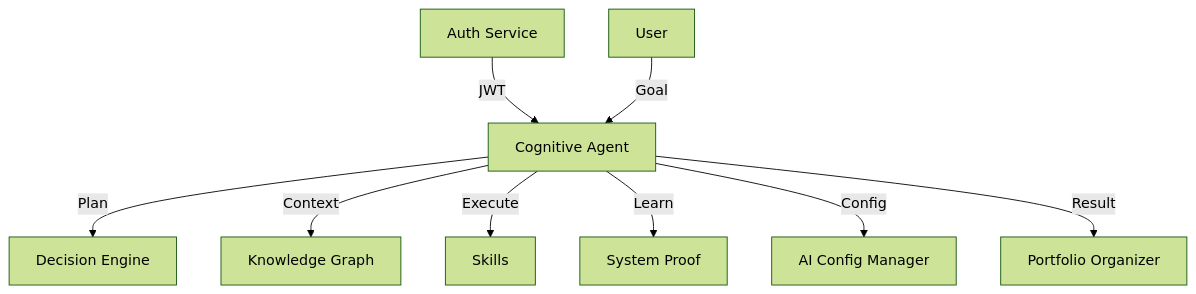
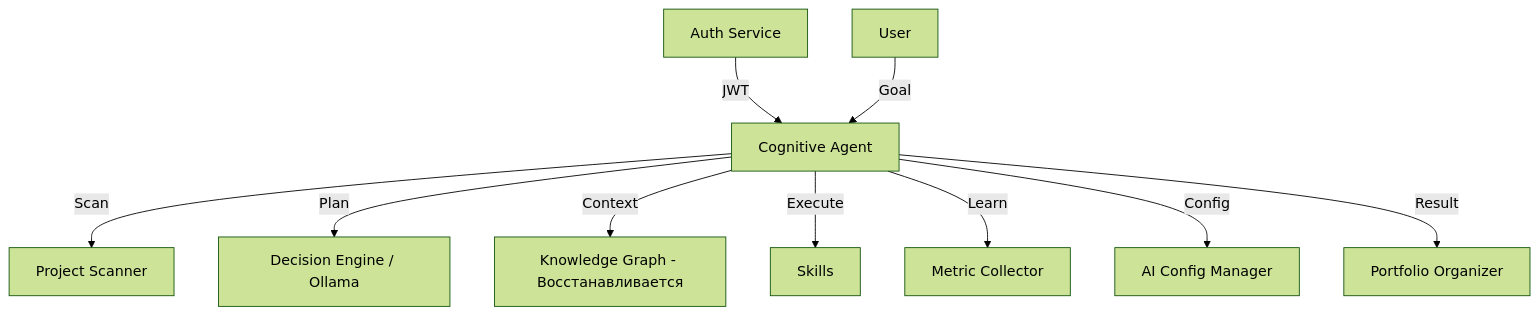
Before and after one commit to Control39/portfolio-system-architect: the diagram in apps/cognitive_agent/README.md, drawn with Mermaid (forest theme). The commit also changed other lines of this file and 2 other files, not shown here.

First line of the commit message:
docs: исправить README cognitive_agent + включить ИИ-планирование

````diff
--- a/apps/cognitive_agent/README.md
+++ b/apps/cognitive_agent/README.md
@@ -64,11 +72,12 @@
 ```mermaid
 graph TD
-    A[Cognitive Agent] -->|Plan| B[Decision Engine]
-    A -->|Context| C[Knowledge Graph]
-    A -->|Execute| D[Skills]
-    A -->|Learn| E[System Proof]
-    F[Auth Service] -->|JWT| A
-    A -->|Config| G[AI Config Manager]
-    H[User] -->|Goal| A
-    A -->|Result| I[Portfolio Organizer]
+    A[Cognitive Agent] -->|Scan| B[Project Scanner]
+    A -->|Plan| C[Decision Engine / Ollama]
+    A -->|Context| D[Knowledge Graph - Восстанавливается]
+    A -->|Execute| E[Skills]
+    A -->|Learn| F[Metric Collector]
+    G[Auth Service] -->|JWT| A
+    A -->|Config| H[AI Config Manager]
+    I[User] -->|Goal| A
+    A -->|Result| J[Portfolio Organizer]
 ```
````
